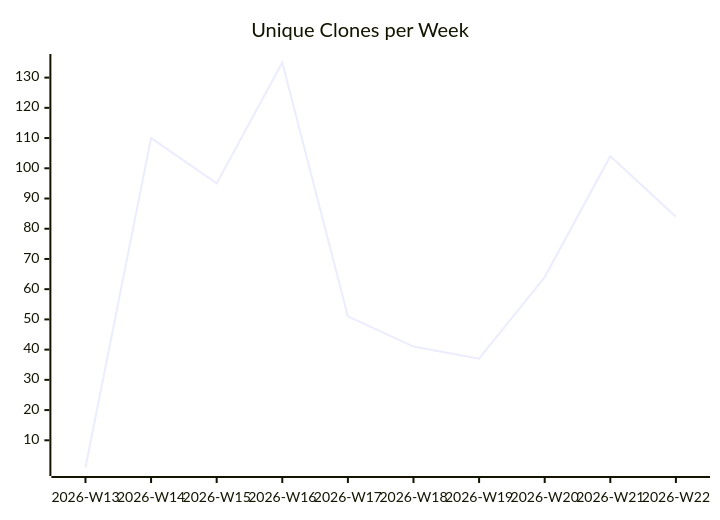
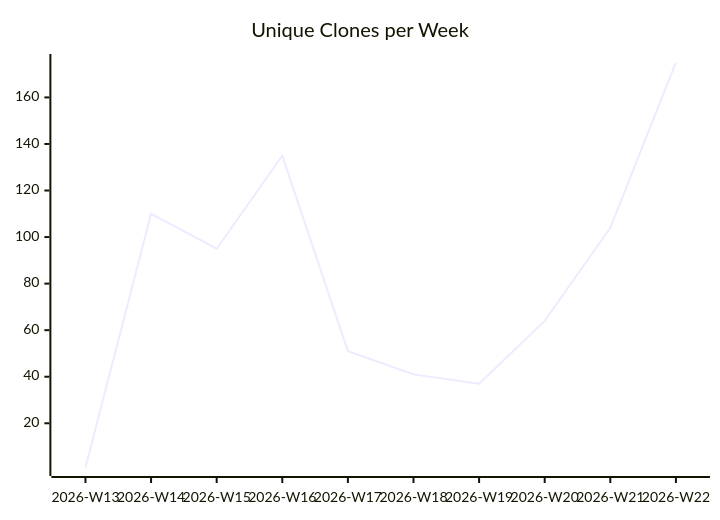
Before and after one commit to justdavis-family/github-analytics-data: the third of 3 diagrams in justdavis-family/justdavis/README.md, drawn with Mermaid. The commit also changed other lines of this file and 190 other files, not shown here.

````diff
--- a/justdavis-family/justdavis/README.md
+++ b/justdavis-family/justdavis/README.md
@@ -19,6 +19,6 @@
 ```mermaid
 xychart-beta
   title "Unique Clones per Week"
   x-axis ["2026-W13", "2026-W14", "2026-W15", "2026-W16", "2026-W17", "2026-W18", "2026-W19", "2026-W20", "2026-W21", "2026-W22"]
-  line [1, 110, 95, 135, 51, 41, 37, 64, 104, 84]
+  line [1, 110, 95, 135, 51, 41, 37, 64, 104, 175]
 ```
````
